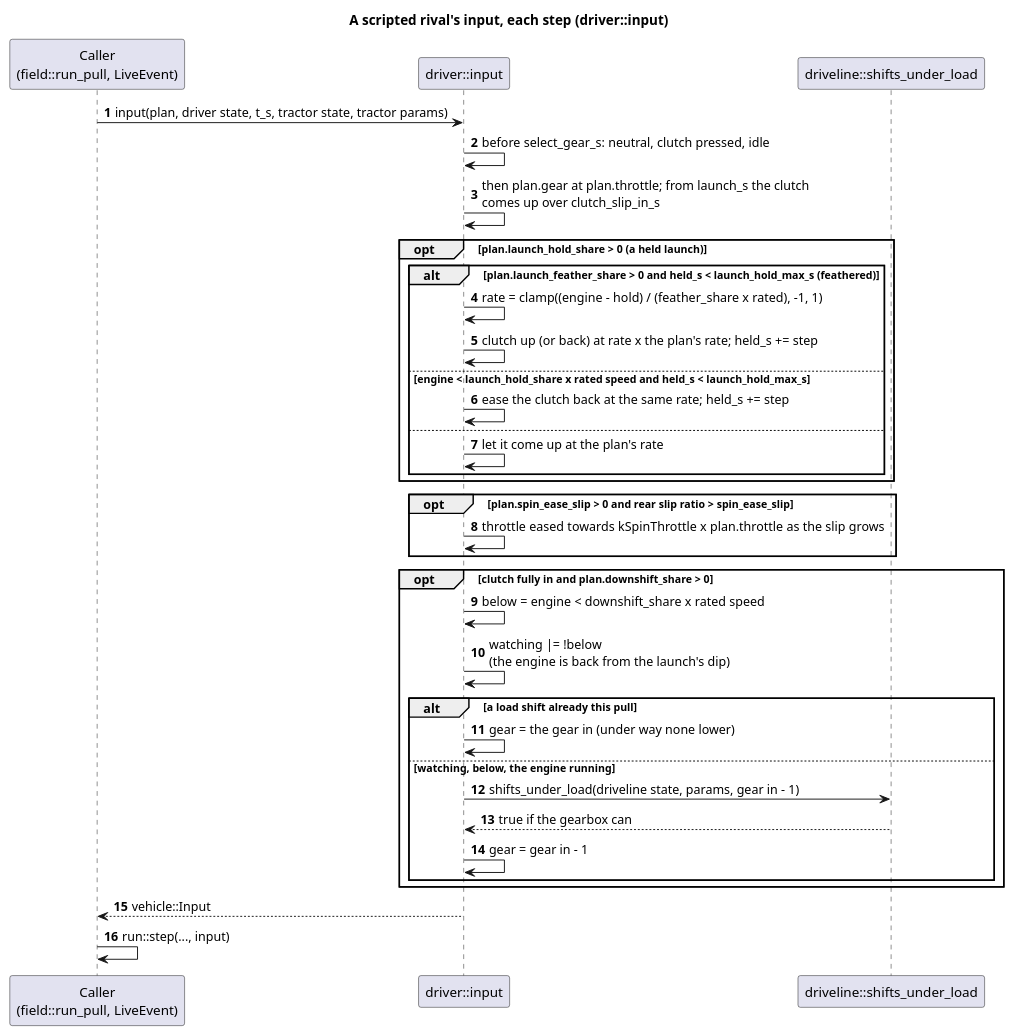
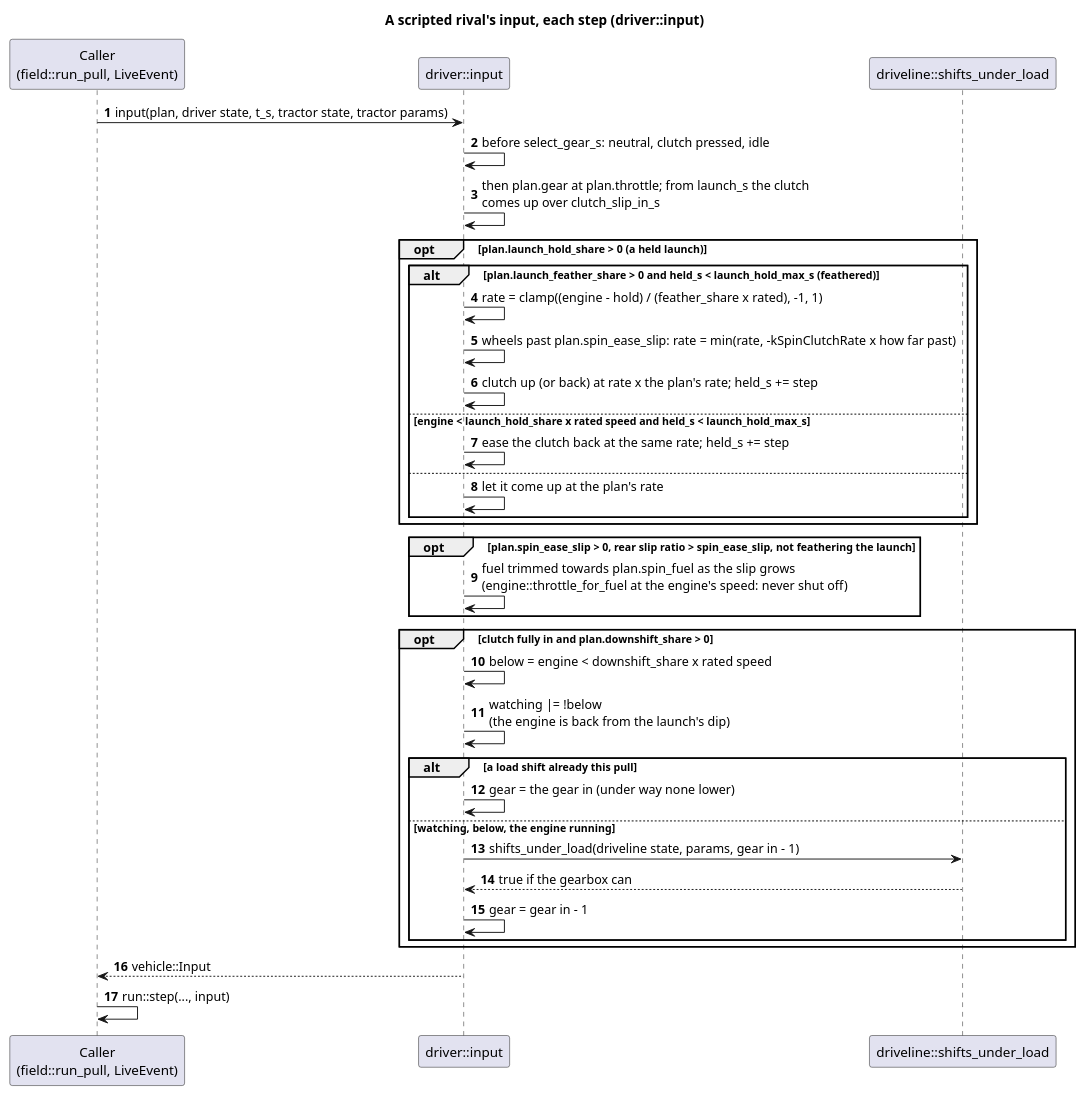
Before and after one commit to wversteeg/TractorPulling: the diagram in docs/diagrams/driver_input_sequence.puml, drawn with PlantUML. The commit also changed 47 other files, not shown here.

First line of the commit message:
Supersport rework: launch clutch catch, fuel trim, breakaway ratio, sandy clay, sleds per level

```diff
--- a/docs/diagrams/driver_input_sequence.puml
+++ b/docs/diagrams/driver_input_sequence.puml
@@ -1,37 +1,38 @@
 @startuml driver_input_sequence
 title A scripted rival's input, each step (driver::input)
 autonumber
 participant "Caller\n(field::run_pull, LiveEvent)" as Caller
 participant "driver::input" as Driver
 participant "driveline::shifts_under_load" as Load
 
 Caller -> Driver : input(plan, driver state, t_s, tractor state, tractor params)
 Driver -> Driver : before select_gear_s: neutral, clutch pressed, idle
 Driver -> Driver : then plan.gear at plan.throttle; from launch_s the clutch\ncomes up over clutch_slip_in_s
 opt plan.launch_hold_share > 0 (a held launch)
   alt plan.launch_feather_share > 0 and held_s < launch_hold_max_s (feathered)
     Driver -> Driver : rate = clamp((engine - hold) / (feather_share x rated), -1, 1)
+    Driver -> Driver : wheels past plan.spin_ease_slip: rate = min(rate, -kSpinClutchRate x how far past)
     Driver -> Driver : clutch up (or back) at rate x the plan's rate; held_s += step
   else engine < launch_hold_share x rated speed and held_s < launch_hold_max_s
     Driver -> Driver : ease the clutch back at the same rate; held_s += step
   else
     Driver -> Driver : let it come up at the plan's rate
   end
 end
-opt plan.spin_ease_slip > 0 and rear slip ratio > spin_ease_slip
-  Driver -> Driver : throttle eased towards kSpinThrottle x plan.throttle as the slip grows
+opt plan.spin_ease_slip > 0, rear slip ratio > spin_ease_slip, not feathering the launch
+  Driver -> Driver : fuel trimmed towards plan.spin_fuel as the slip grows\n(engine::throttle_for_fuel at the engine's speed: never shut off)
 end
 opt clutch fully in and plan.downshift_share > 0
   Driver -> Driver : below = engine < downshift_share x rated speed
   Driver -> Driver : watching |= !below\n(the engine is back from the launch's dip)
   alt a load shift already this pull
     Driver -> Driver : gear = the gear in (under way none lower)
   else watching, below, the engine running
     Driver -> Load : shifts_under_load(driveline state, params, gear in - 1)
     Load --> Driver : true if the gearbox can
     Driver -> Driver : gear = gear in - 1
   end
 end
 Driver --> Caller : vehicle::Input
 Caller -> Caller : run::step(..., input)
 @enduml
```
